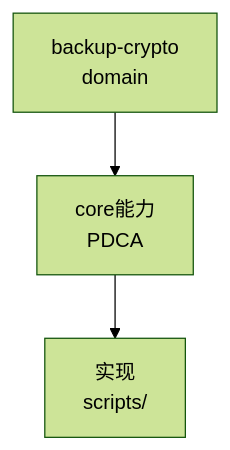
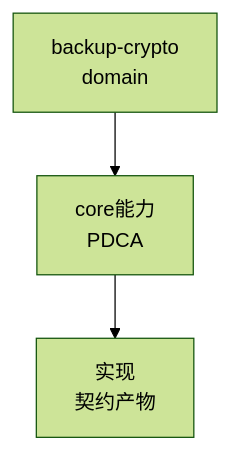
The diagram in ontology/domain/zfs/backup-crypto.md (MyBlackHole/pdca-workflow), drawn with Mermaid (forest theme) before and after one commit. The commit also changed other lines of this file and 8256 other files, not shown here.

````diff
--- a/ontology/domain/zfs/backup-crypto.md
+++ b/ontology/domain/zfs/backup-crypto.md
@@ -34,6 +42,6 @@
 ```mermaid
 graph TD
     A[backup-crypto<br/>domain] --> B[core能力<br/>PDCA]
-    B --> C[实现<br/>scripts/]
-    %% Source: ontology/domain/backup-crypto.md:1 + ontology/concept/ontology-fidelity-criterion.md:1
+    B --> C[实现<br/>契约产物]
+    %% Source: ontology/domain/zfs/backup-crypto.md:1 + ontology/concept/ontology-fidelity-criterion.md:1
 ```
````
